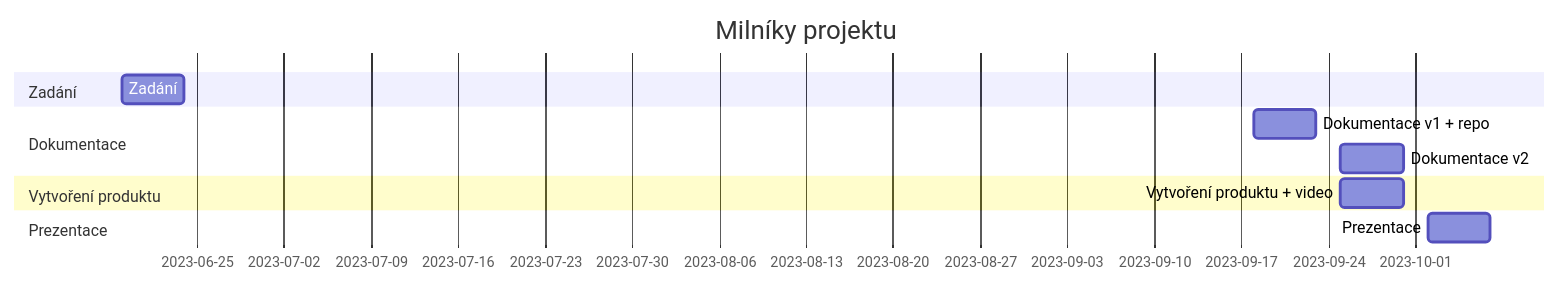
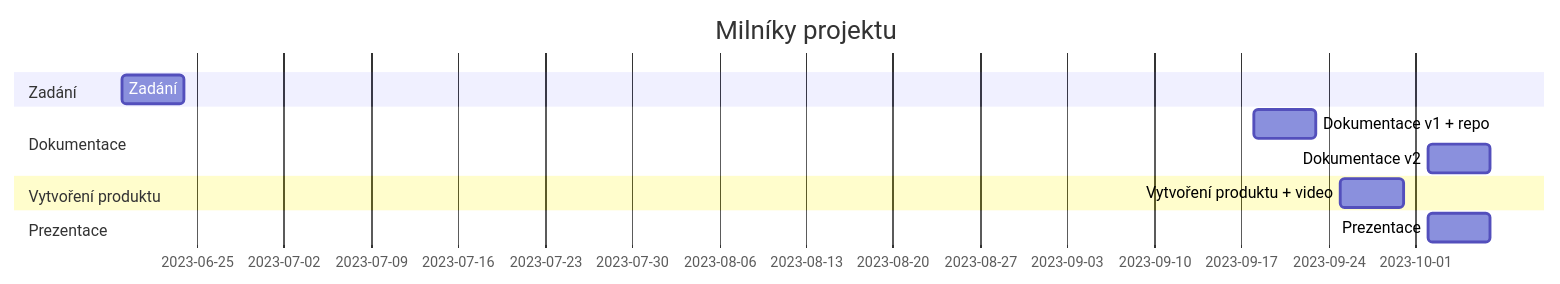
One commit to christoph1j2/ESP8266-Shield changed the diagram in zadani.md. Above: the diagram before and after it, drawn with Mermaid. The commit also changed other lines of this file and 1 other file, not shown here.

````diff
--- a/zadani.md
+++ b/zadani.md
@@ -15,14 +15,14 @@
 ```mermaid
 gantt
     title Milníky projektu
     dateFormat  YYYY-MM-DD
     section Zadání
     Zadání                    :a1, 2023-06-19, 5d
     section Dokumentace
     Dokumentace v1 + repo     :a2, 2023-09-18, 5d
-    Dokumentace v2            :a3, 2023-09-25, 5d
+    Dokumentace v2            :a3, 2023-10-02, 5d
     section Vytvoření produktu
     Vytvoření produktu + video :a4, 2023-09-25, 5d
     section Prezentace
     Prezentace                :a5, 2023-10-02, 5d
 ```
````
